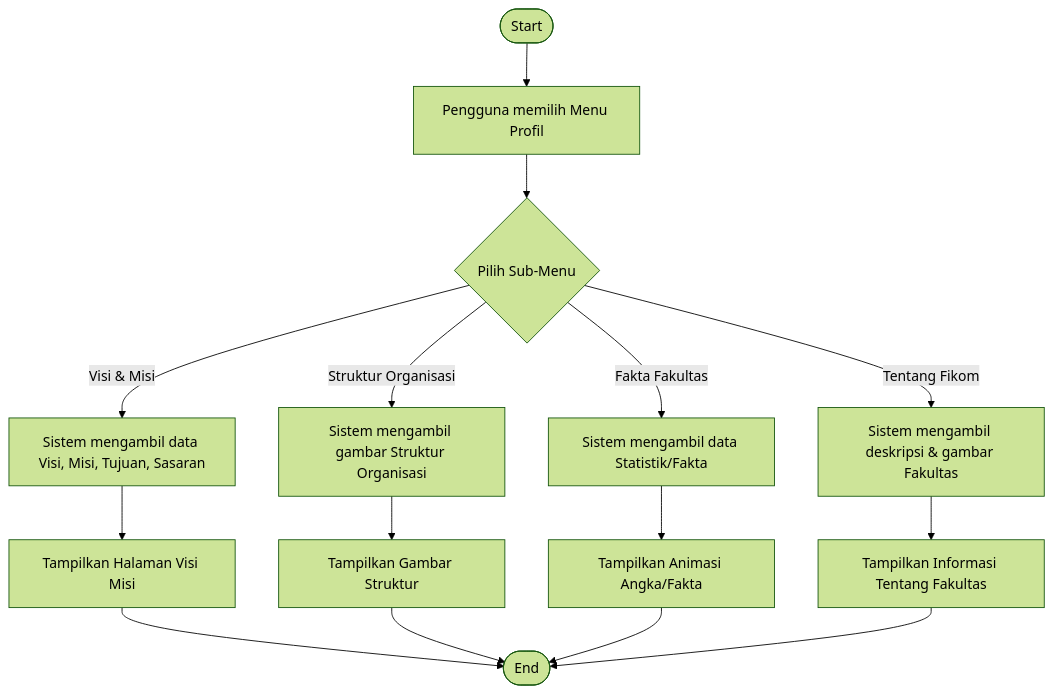
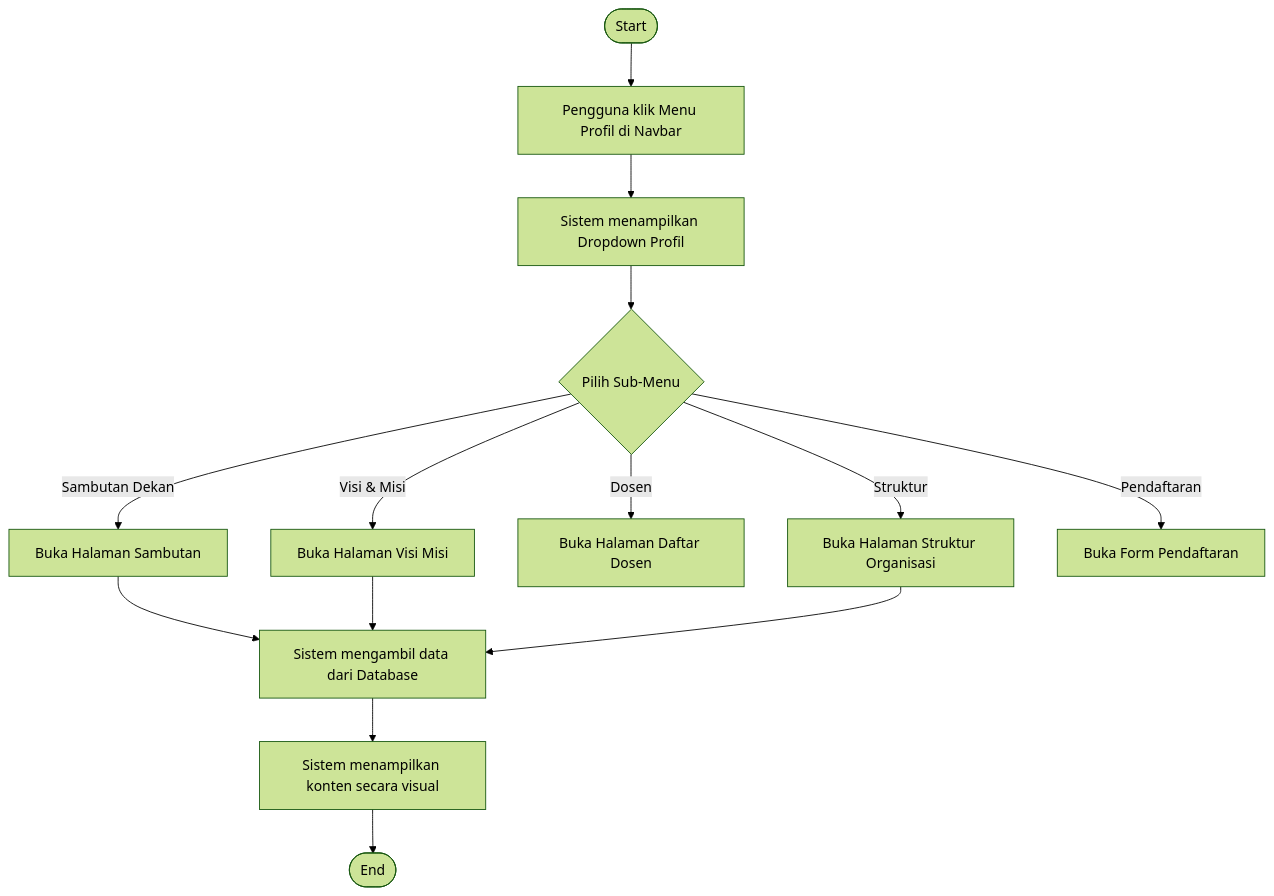
The first of 4 diagrams in docs/activity_diagram_profil.md (arbain-dev/Web_fikom), drawn with Mermaid (forest theme) before and after one commit. The commit also changed other lines of this file, not shown here.

Commit message:
docs: enhance profile activity diagrams with comprehensive feature details

````diff
--- a/docs/activity_diagram_profil.md
+++ b/docs/activity_diagram_profil.md
@@ -11,20 +11,19 @@
 ```mermaid
 flowchart TD
-    Start([Start]) --> OpenProfile[Pengguna memilih Menu Profil]
-    OpenProfile --> Choice{Pilih Sub-Menu}
+    Start([Start]) --> UserAction[Pengguna klik Menu Profil di Navbar]
+    UserAction --> Dropdown[Sistem menampilkan Dropdown Profil]
     
-    Choice -- "Visi & Misi" --> FetchVM[Sistem mengambil data Visi, Misi, Tujuan, Sasaran]
-    Choice -- "Struktur Organisasi" --> FetchStruktur[Sistem mengambil gambar Struktur Organisasi]
-    Choice -- "Fakta Fakultas" --> FetchFakta[Sistem mengambil data Statistik/Fakta]
-    Choice -- "Tentang Fikom" --> FetchTentang[Sistem mengambil deskripsi & gambar Fakultas]
+    Dropdown --> SubMenu{Pilih Sub-Menu}
+    SubMenu -- "Sambutan Dekan" --> OpenSambutan[Buka Halaman Sambutan]
+    SubMenu -- "Visi & Misi" --> OpenVM[Buka Halaman Visi Misi]
+    SubMenu -- "Dosen" --> OpenDosen[Buka Halaman Daftar Dosen]
+    SubMenu -- "Struktur" --> OpenStruktur[Buka Halaman Struktur Organisasi]
+    SubMenu -- "Pendaftaran" --> OpenDaftar[Buka Form Pendaftaran]
     
-    FetchVM --> ShowVM[Tampilkan Halaman Visi Misi]
-    FetchStruktur --> ShowStruktur[Tampilkan Gambar Struktur]
-    FetchFakta --> ShowFakta[Tampilkan Animasi Angka/Fakta]
-    FetchTentang --> ShowTentang[Tampilkan Informasi Tentang Fakultas]
+    OpenSambutan --> ViewContent[Sistem mengambil data dari Database]
+    OpenVM --> ViewContent
+    OpenStruktur --> ViewContent
     
-    ShowVM --> End([End])
-    ShowStruktur --> End
-    ShowFakta --> End
-    ShowTentang --> End
+    ViewContent --> Render[Sistem menampilkan konten secara visual]
+    Render --> End([End])
 ```
````
